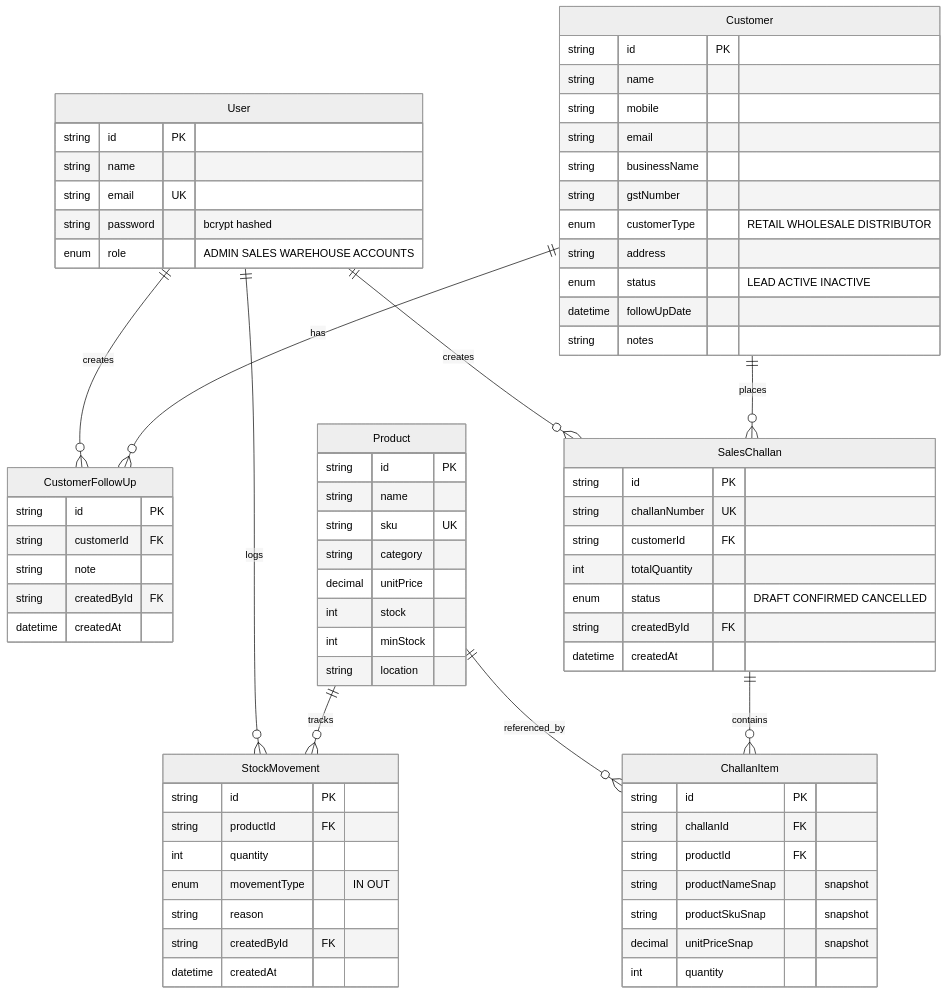
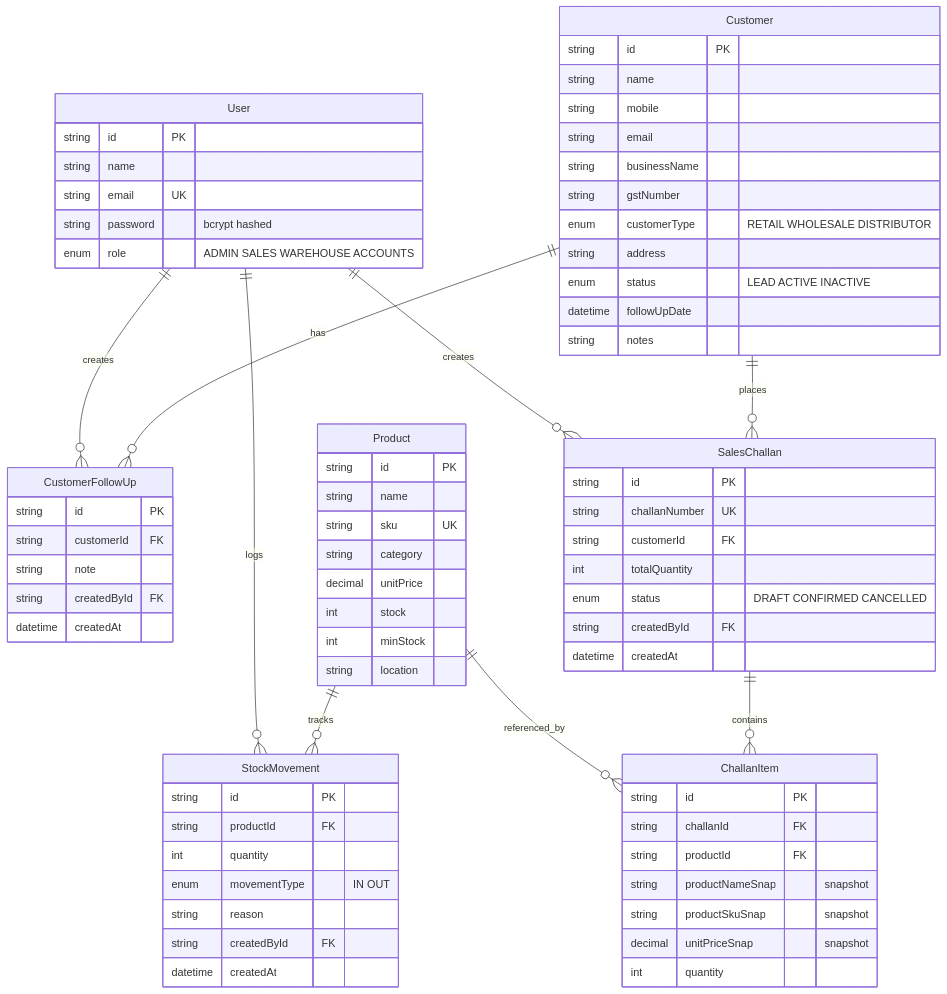
One commit to pvasu9055-hash/mini-erp-crm changed the second of 3 diagrams in README.md. Above: the diagram before and after it, drawn with Mermaid. The commit also changed other lines of this file, not shown here.

````diff
--- a/README.md
+++ b/README.md
@@ -105,77 +104,76 @@
 ```mermaid
-%%{init: {"theme": "neutral", "themeVariables": {"primaryTextColor": "#000000", "textColor": "#000000", "lineColor": "#000000"}}}%%
 erDiagram
     User ||--o{ CustomerFollowUp : creates
     User ||--o{ StockMovement : logs
     User ||--o{ SalesChallan : creates
     Customer ||--o{ CustomerFollowUp : has
     Customer ||--o{ SalesChallan : places
     Product ||--o{ StockMovement : tracks
     Product ||--o{ ChallanItem : referenced_by
     SalesChallan ||--o{ ChallanItem : contains
 
     User {
         string id PK
         string name
         string email UK
         string password "bcrypt hashed"
         enum role "ADMIN SALES WAREHOUSE ACCOUNTS"
     }
     Customer {
         string id PK
         string name
         string mobile
         string email
         string businessName
         string gstNumber
         enum customerType "RETAIL WHOLESALE DISTRIBUTOR"
         string address
         enum status "LEAD ACTIVE INACTIVE"
         datetime followUpDate
         string notes
     }
     CustomerFollowUp {
         string id PK
         string customerId FK
         string note
         string createdById FK
         datetime createdAt
     }
     Product {
         string id PK
         string name
         string sku UK
         string category
         decimal unitPrice
         int stock
         int minStock
         string location
     }
     StockMovement {
         string id PK
         string productId FK
         int quantity
         enum movementType "IN OUT"
         string reason
         string createdById FK
         datetime createdAt
     }
     SalesChallan {
         string id PK
         string challanNumber UK
         string customerId FK
         int totalQuantity
         enum status "DRAFT CONFIRMED CANCELLED"
         string createdById FK
         datetime createdAt
     }
     ChallanItem {
         string id PK
         string challanId FK
         string productId FK
         string productNameSnap "snapshot"
         string productSkuSnap "snapshot"
         decimal unitPriceSnap "snapshot"
         int quantity
     }
 ```
````
